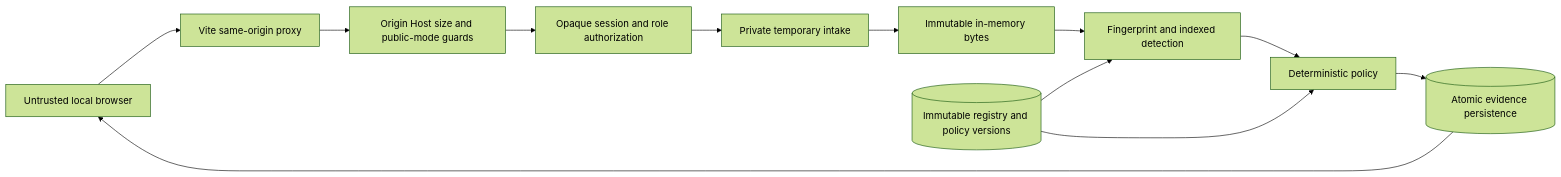
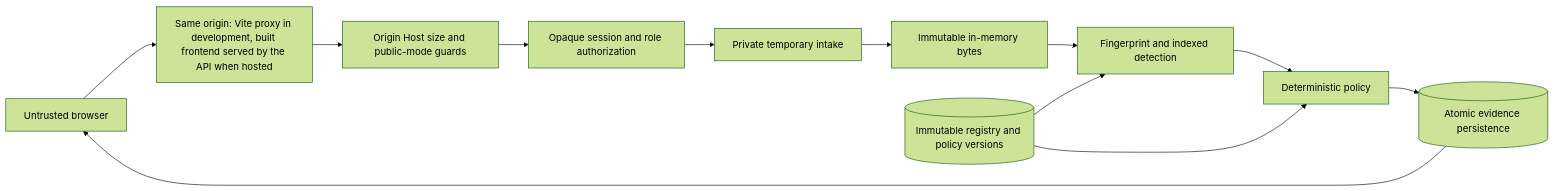
Before and after one commit to UsmanPrime/rootsentinel-dlp: the diagram in docs/threat-model.md, drawn with Mermaid (forest theme). The commit also changed other lines of this file and 25 other files, not shown here.

````diff
--- a/docs/threat-model.md
+++ b/docs/threat-model.md
@@ -14,14 +14,14 @@
 ```mermaid
 flowchart LR
-  B[Untrusted local browser] --> V[Vite same-origin proxy]
+  B[Untrusted browser] --> V[Same origin: Vite proxy in development, built frontend served by the API when hosted]
   V --> G[Origin Host size and public-mode guards]
   G --> A[Opaque session and role authorization]
   A --> I[Private temporary intake]
   I --> F[Immutable in-memory bytes]
   F --> D[Fingerprint and indexed detection]
   D --> P[Deterministic policy]
   P --> DB[(Atomic evidence persistence)]
   R[(Immutable registry and policy versions)] --> D
   R --> P
   DB --> B
 ```
````
